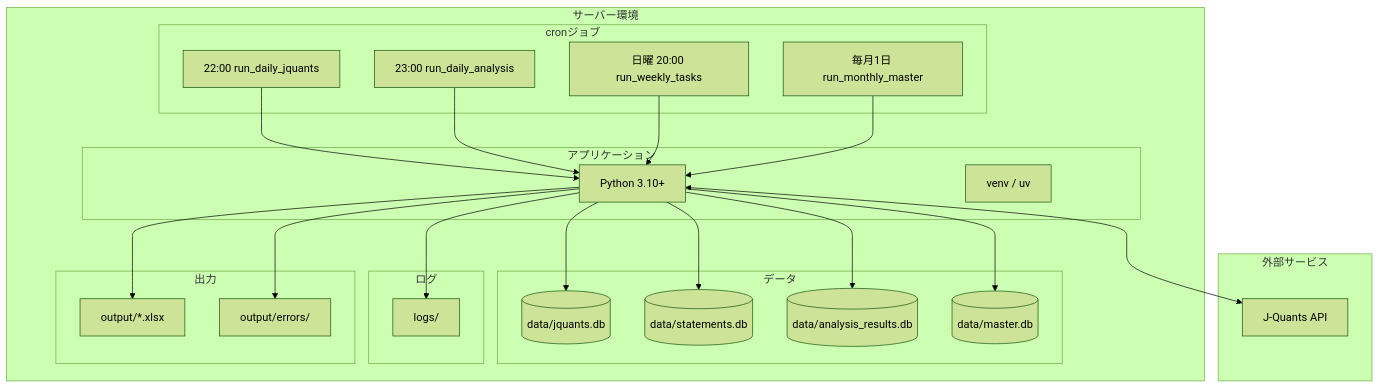
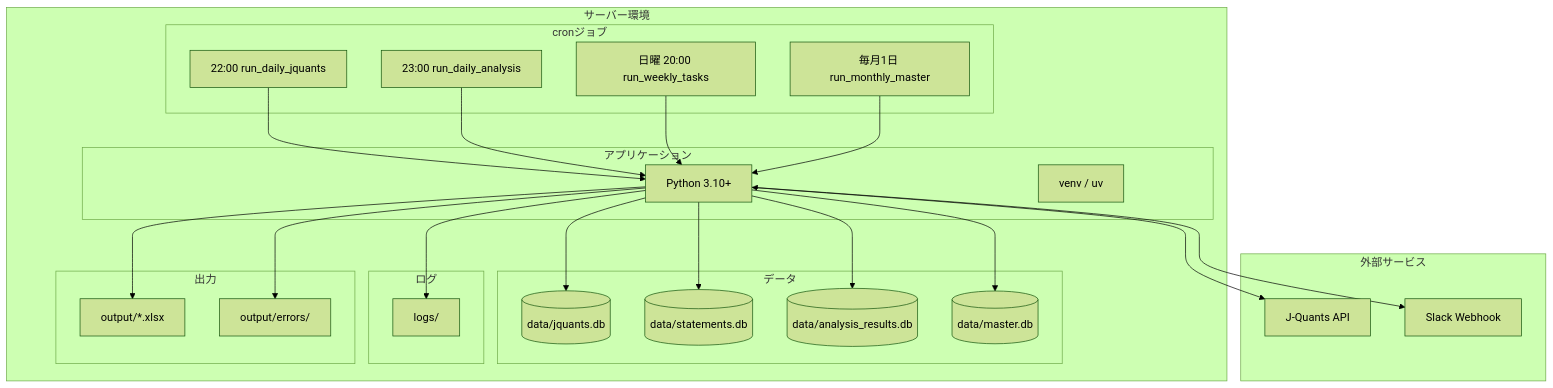
The seventh of 8 diagrams in docs/core/diagrams.md (tak-akashi/stock-analysis), drawn with Mermaid (forest theme) before and after one commit. The commit also changed other lines of this file and 14 other files, not shown here.

````diff
--- a/docs/core/diagrams.md
+++ b/docs/core/diagrams.md
@@ -354,51 +369,53 @@
 ```mermaid
 graph TB
     subgraph Server["サーバー環境"]
         subgraph Cron["cronジョブ"]
             C1[22:00 run_daily_jquants]
             C2[23:00 run_daily_analysis]
             C3[日曜 20:00 run_weekly_tasks]
             C4[毎月1日 run_monthly_master]
         end
 
         subgraph App["アプリケーション"]
             PY[Python 3.10+]
             VENV[venv / uv]
         end
 
         subgraph Data["データ"]
             DB1[(data/jquants.db)]
             DB2[(data/statements.db)]
             DB3[(data/analysis_results.db)]
             DB4[(data/master.db)]
         end
 
         subgraph Logs["ログ"]
             LOG[logs/]
         end
 
         subgraph Output["出力"]
             XLSX[output/*.xlsx]
             ERR[output/errors/]
         end
     end
 
     subgraph External["外部サービス"]
         JQAPI[J-Quants API]
+        SLACK[Slack Webhook]
     end
 
     C1 --> PY
     C2 --> PY
     C3 --> PY
     C4 --> PY
 
     PY --> DB1
     PY --> DB2
     PY --> DB3
     PY --> DB4
     PY --> LOG
     PY --> XLSX
     PY --> ERR
 
     PY <--> JQAPI
+    PY --> SLACK
 ```
````
